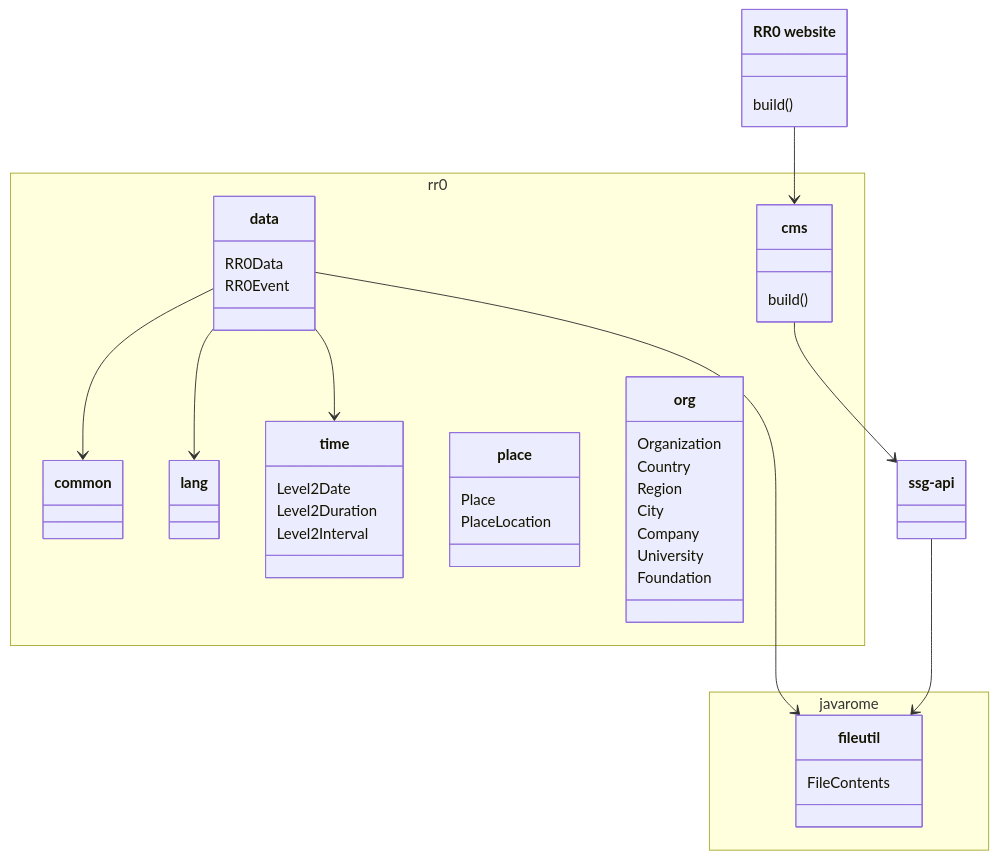
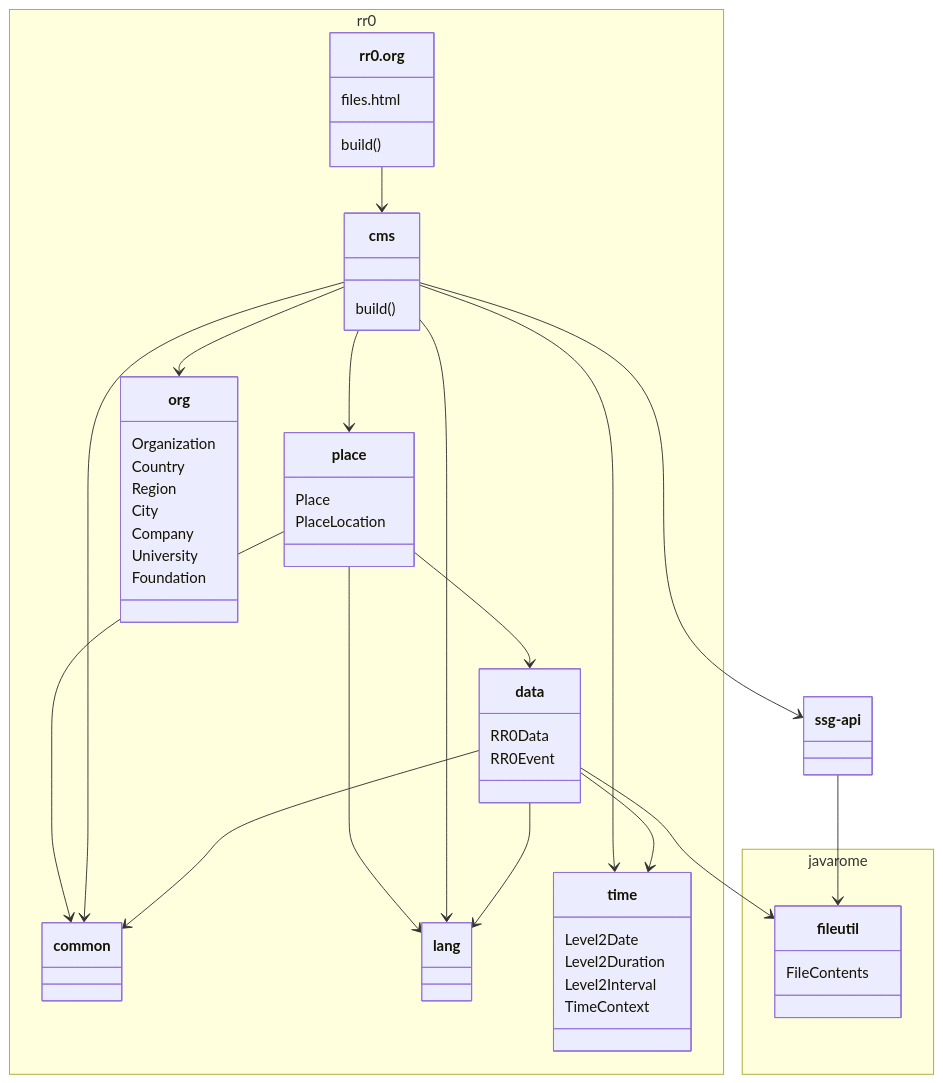
Before and after one commit to RR0/.github: the diagram in profile/README.md, drawn with Mermaid.

Commit message:
org readme

````diff
--- a/profile/README.md
+++ b/profile/README.md
@@ -5,49 +5,58 @@
 ```mermaid
 classDiagram
-    class RR0["RR0 website"] {
-        build()
-    }
     namespace rr0 {
+        class RR0["rr0.org"] {
+            files.html
+            build()
+        }
         class common
         class lang
         class time {
             Level2Date
             Level2Duration
             Level2Interval
+            TimeContext
         }
         class data {
             RR0Data
             RR0Event
-            
         }
         class place {
             Place
             PlaceLocation
         }
         class org {
             Organization
             Country
             Region
             City
             Company
             University
             Foundation
         }
         class cms {
             build()
         }
     }
     data --> common
     data --> lang
     data --> time
     data --> fileutil
     RR0 --> cms
+    cms --> common
+    cms --> lang
+    cms --> time
+    cms --> place
+    cms --> org
     cms --> ssg-api
+    place --> common
+    place --> lang
+    place --> data
     class ssg-api
     namespace javarome {
         class fileutil {
             FileContents
         }
     }
     ssg-api --> fileutil
 ```
````
